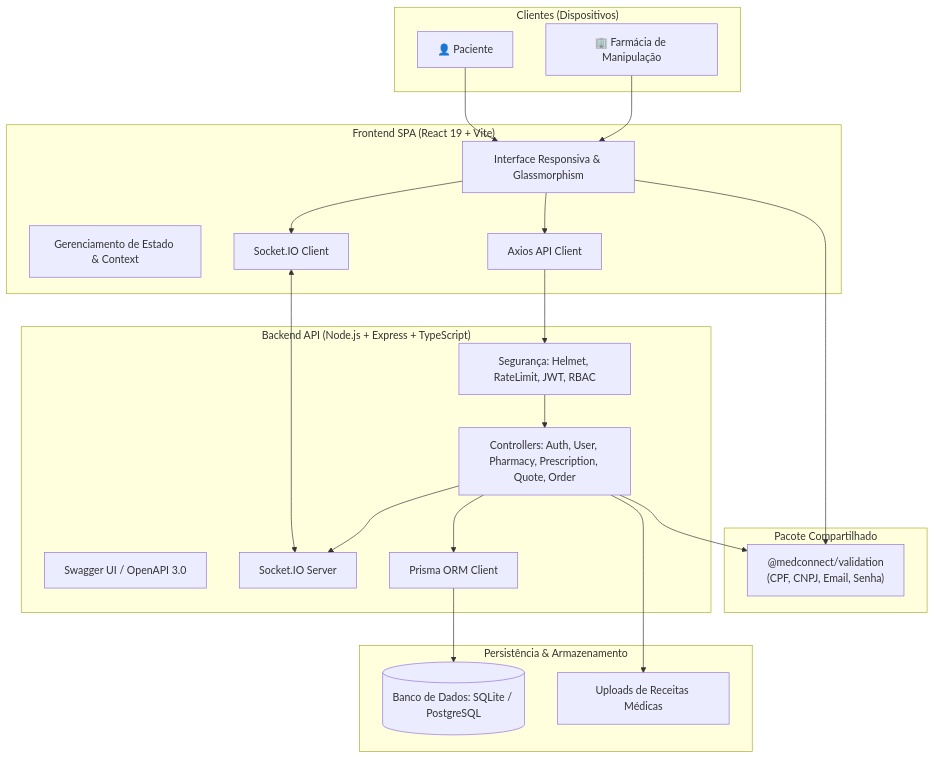
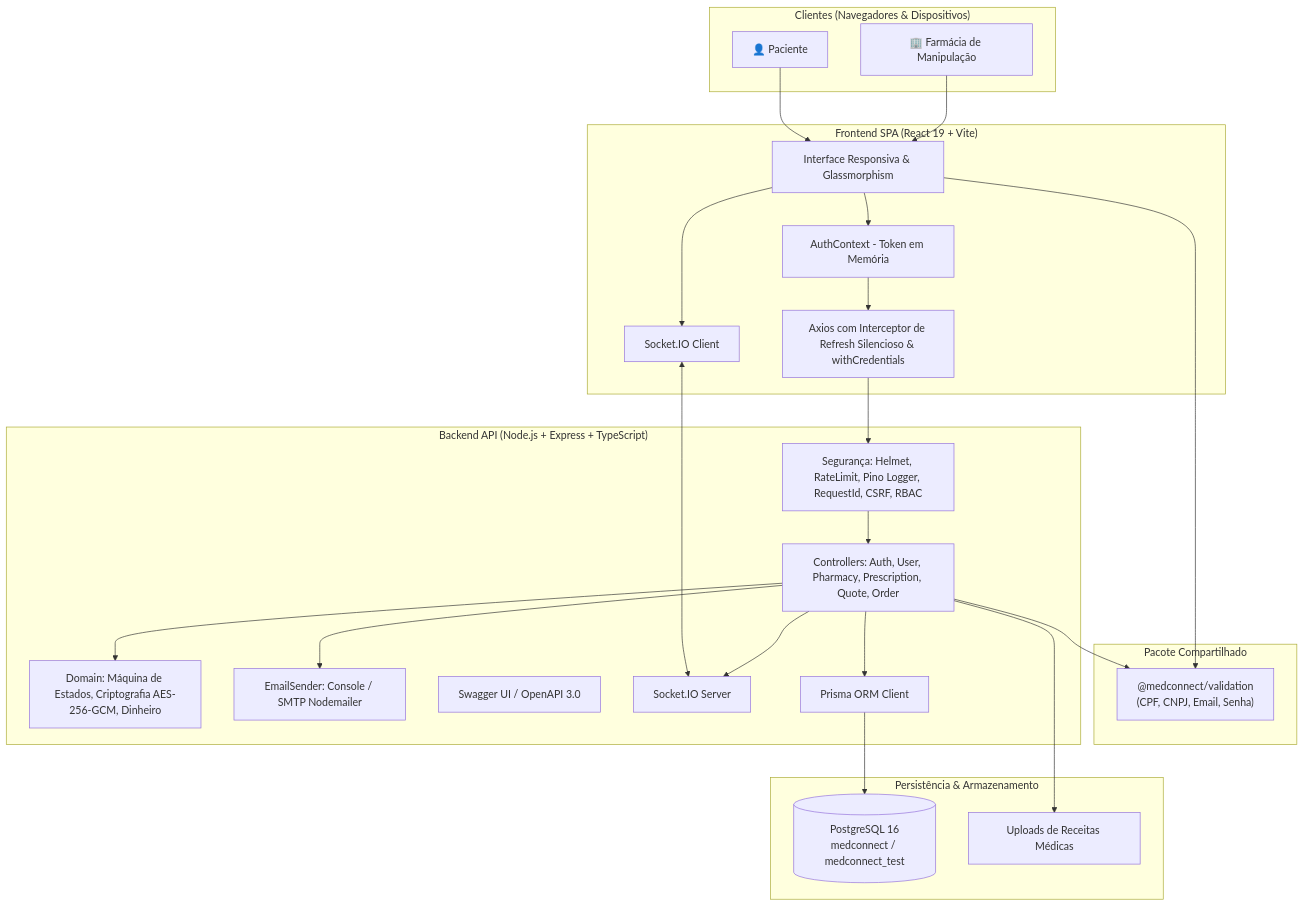
The first of 2 diagrams in README.md (alexsander020/MedConnect_Application), drawn with Mermaid before and after one commit. The commit also changed other lines of this file and 63 other files, not shown here.

First line of the commit message:
Fundação técnica: PostgreSQL, integridade do fluxo cotação → pedido e autenticação robusta

````diff
--- a/README.md
+++ b/README.md
@@ -29,46 +38,51 @@
 ```mermaid
 graph TD
-    subgraph Clientes ["Clientes (Dispositivos)"]
+    subgraph Clientes ["Clientes (Navegadores & Dispositivos)"]
         P[👤 Paciente]
         F[🏢 Farmácia de Manipulação]
     end
 
     subgraph Frontend ["Frontend SPA (React 19 + Vite)"]
         UI[Interface Responsiva & Glassmorphism]
-        State[Gerenciamento de Estado & Context]
-        Service[Axios API Client]
+        AuthCtx[AuthContext - Token em Memória]
+        ApiClient[Axios com Interceptor de Refresh Silencioso & withCredentials]
         SocketClient[Socket.IO Client]
     end
 
     subgraph Shared ["Pacote Compartilhado"]
         Val["@medconnect/validation\n(CPF, CNPJ, Email, Senha)"]
     end
 
     subgraph Backend ["Backend API (Node.js + Express + TypeScript)"]
-        MW[Segurança: Helmet, RateLimit, JWT, RBAC]
+        MW[Segurança: Helmet, RateLimit, Pino Logger, RequestId, CSRF, RBAC]
         Controllers[Controllers: Auth, User, Pharmacy, Prescription, Quote, Order]
+        Domain[Domain: Máquina de Estados, Criptografia AES-256-GCM, Dinheiro]
+        Email[EmailSender: Console / SMTP Nodemailer]
         Swagger[Swagger UI / OpenAPI 3.0]
         SocketServer[Socket.IO Server]
         Prisma[Prisma ORM Client]
     end
 
     subgraph Storage ["Persistência & Armazenamento"]
-        DB[(Banco de Dados: SQLite / PostgreSQL)]
+        DB[(PostgreSQL 16\nmedconnect / medconnect_test)]
         Uploads[Uploads de Receitas Médicas]
     end
 
     P --> UI
     F --> UI
+    UI --> AuthCtx
+    AuthCtx --> ApiClient
     UI --> Val
-    UI --> Service
     UI --> SocketClient
 
-    Service --> MW
+    ApiClient --> MW
     SocketClient <--> SocketServer
     MW --> Controllers
+    Controllers --> Domain
+    Controllers --> Email
     Controllers --> Val
     Controllers --> Prisma
     Controllers --> SocketServer
     Controllers --> Uploads
     Prisma --> DB
 ```
````
